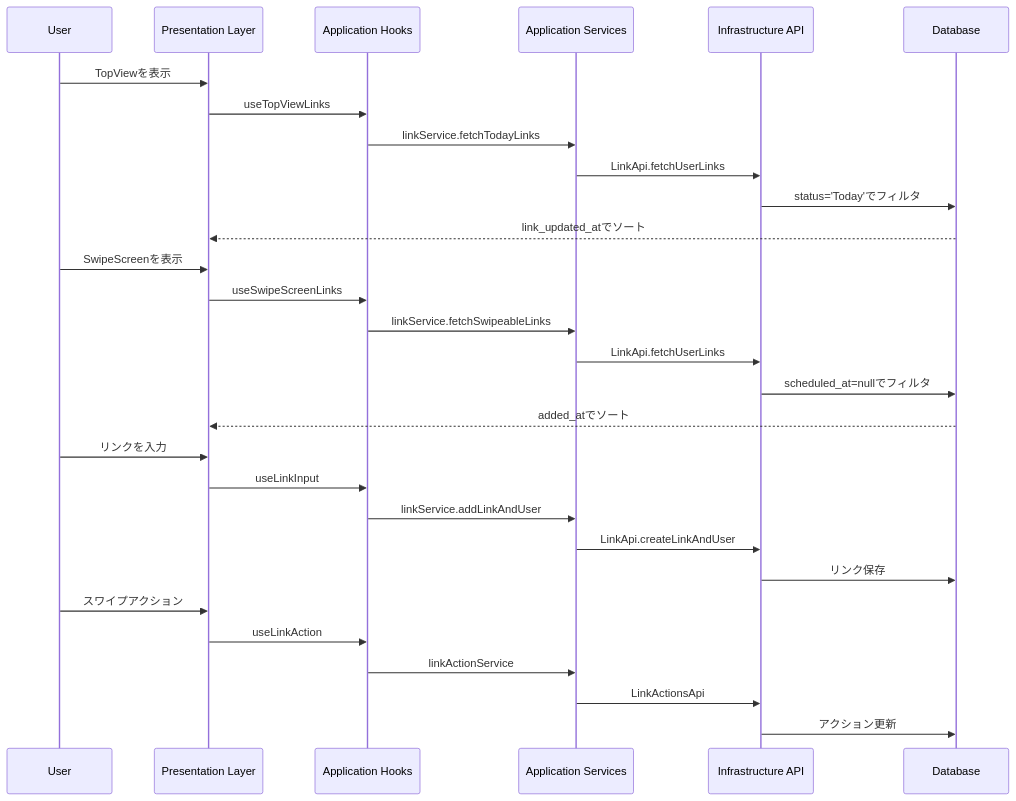
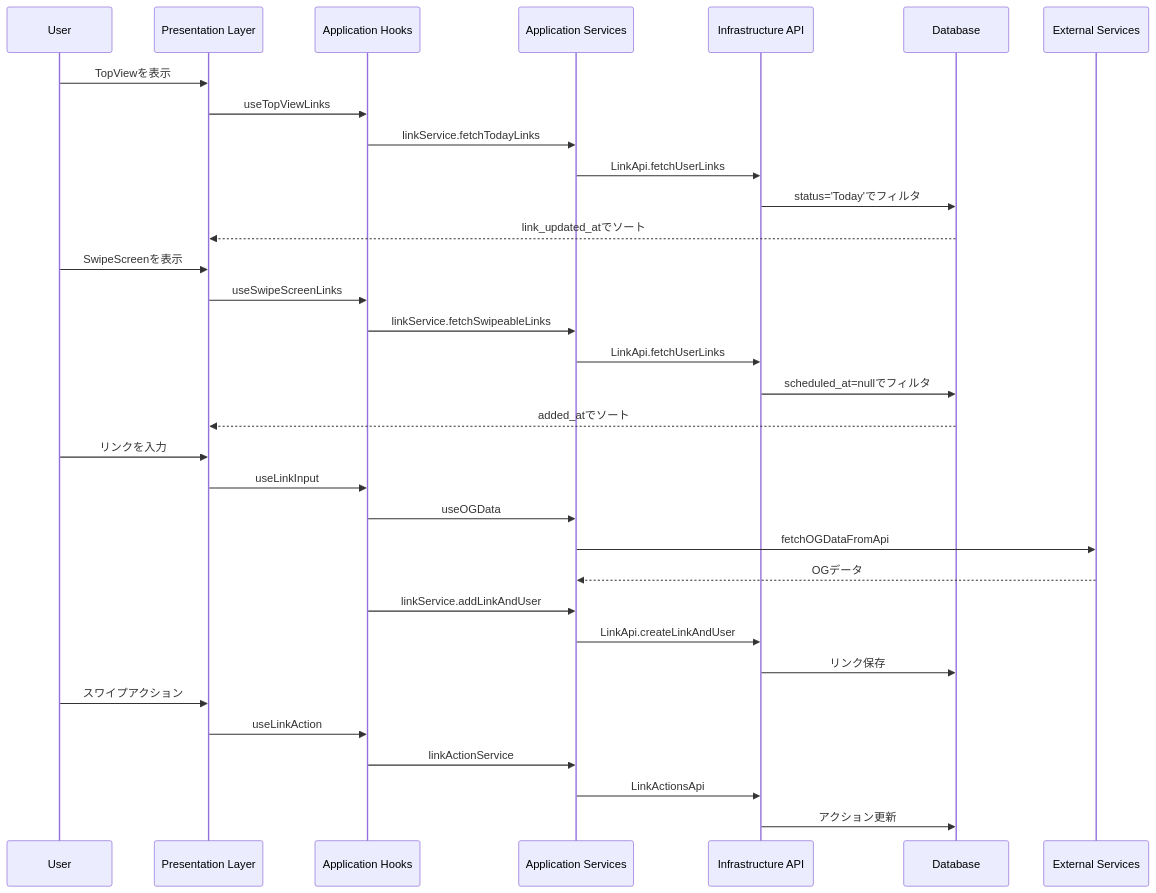
One commit to sooom1627/Linpe changed the second of 2 diagrams in feature/links/docs/architecture.md. Above: the diagram before and after it, drawn with Mermaid. The commit also changed other lines of this file and 3 other files, not shown here.

````diff
--- a/feature/links/docs/architecture.md
+++ b/feature/links/docs/architecture.md
@@ -77,39 +89,43 @@
 ```mermaid
 sequenceDiagram
     participant User
     participant UI as Presentation Layer
     participant Hook as Application Hooks
     participant Service as Application Services
     participant API as Infrastructure API
     participant DB as Database
+    participant External as External Services
 
     %% リンク一覧表示フロー（TopView）
     User->>UI: TopViewを表示
     UI->>Hook: useTopViewLinks
     Hook->>Service: linkService.fetchTodayLinks
     Service->>API: LinkApi.fetchUserLinks
     API->>DB: status='Today'でフィルタ
     DB-->>UI: link_updated_atでソート
 
     %% スワイプ画面表示フロー
     User->>UI: SwipeScreenを表示
     UI->>Hook: useSwipeScreenLinks
     Hook->>Service: linkService.fetchSwipeableLinks
     Service->>API: LinkApi.fetchUserLinks
     API->>DB: scheduled_at=nullでフィルタ
     DB-->>UI: added_atでソート
 
     %% リンク入力フロー
     User->>UI: リンクを入力
     UI->>Hook: useLinkInput
+    Hook->>Service: useOGData
+    Service->>External: fetchOGDataFromApi
+    External-->>Service: OGデータ
     Hook->>Service: linkService.addLinkAndUser
     Service->>API: LinkApi.createLinkAndUser
     API->>DB: リンク保存
 
     %% スワイプアクション
     User->>UI: スワイプアクション
     UI->>Hook: useLinkAction
     Hook->>Service: linkActionService
     Service->>API: LinkActionsApi
     API->>DB: アクション更新
 ```
````
